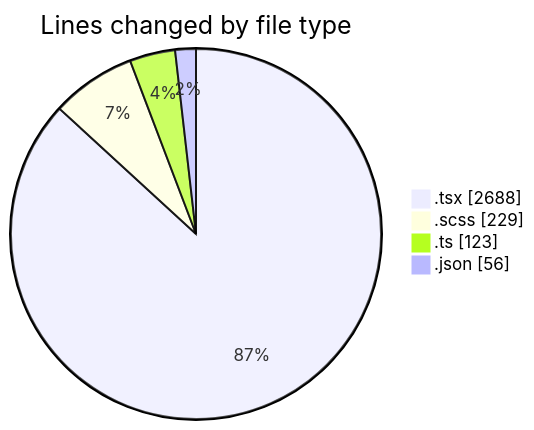
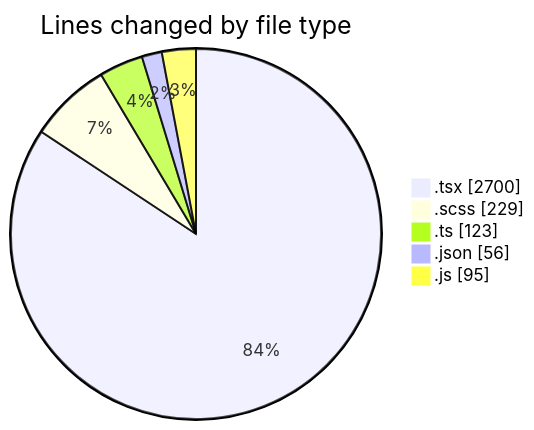
Before and after one commit to momahboobian/code-tracking: the first of 2 diagrams in 2026-10-30/cda/README.md, drawn with Mermaid. The commit also changed other lines of this file and 1 other file, not shown here.

````diff
--- a/2026-10-30/cda/README.md
+++ b/2026-10-30/cda/README.md
@@ -39,8 +40,9 @@
 ```mermaid
 pie showData
 title Lines changed by file type
-".tsx" : 2688
+".tsx" : 2700
 ".scss" : 229
 ".ts" : 123
 ".json" : 56
+".js" : 95
 ```
````
